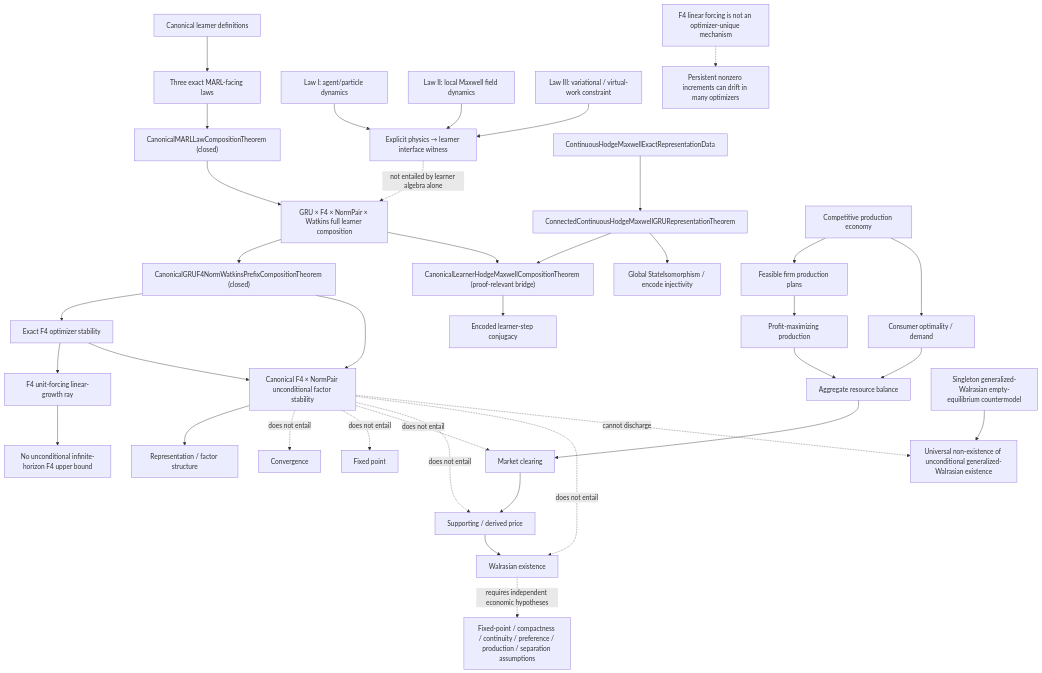
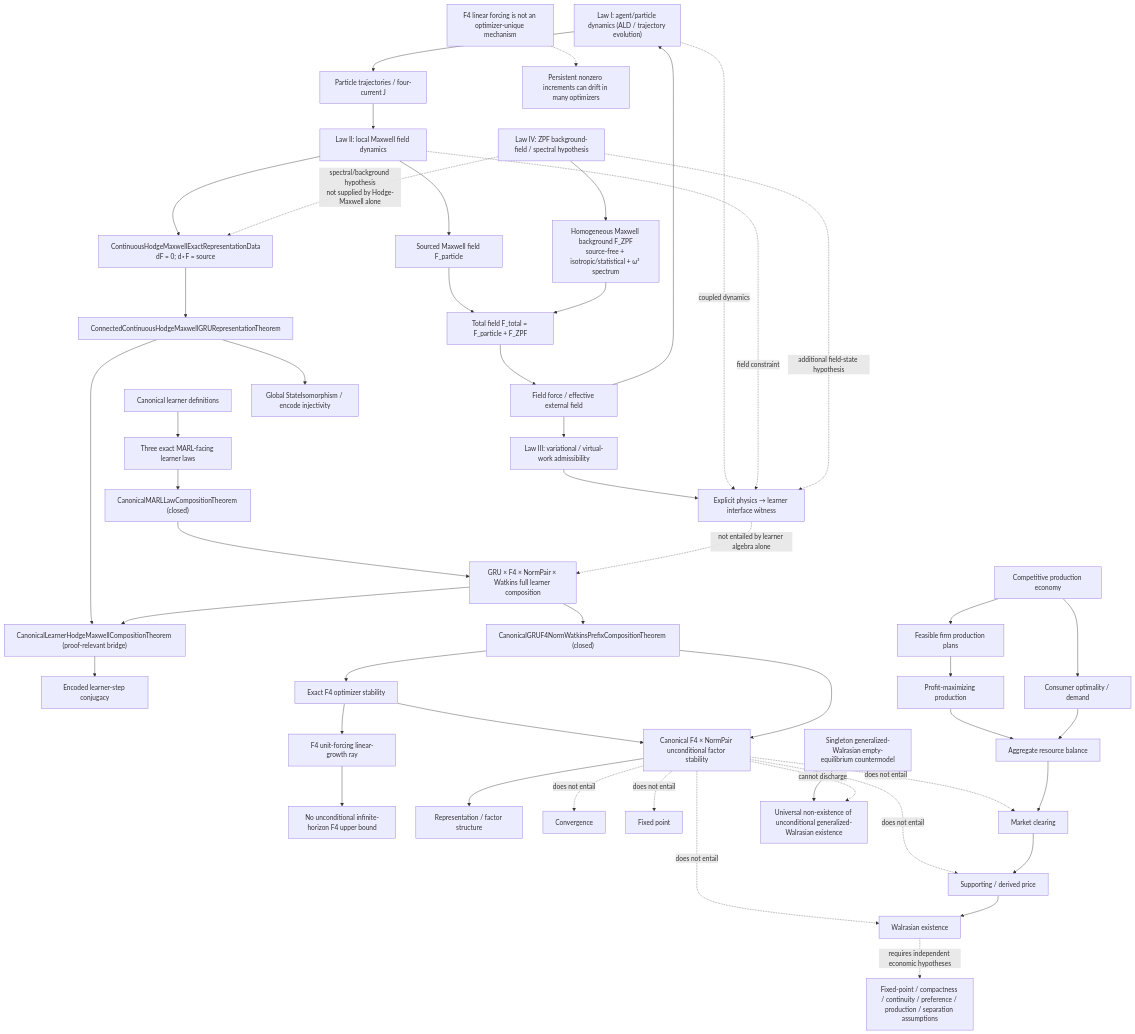
One commit to JohnChristianD/Actions changed the diagram in docs/research/current-semantic-emergence-2026-09-25.mmd. Above: the diagram before and after it, drawn with Mermaid.

Commit message:
Separate ZPF as fourth law in semantic graph

```diff
--- a/docs/research/current-semantic-emergence-2026-09-25.mmd
+++ b/docs/research/current-semantic-emergence-2026-09-25.mmd
@@ -1,50 +1,70 @@
 flowchart TD
-  A["Canonical learner definitions"] --> B["Three exact MARL-facing laws"]
+  A["Canonical learner definitions"] --> B["Three exact MARL-facing learner laws"]
   B --> C["CanonicalMARLLawCompositionTheorem (closed)"]
   C --> D["GRU × F4 × NormPair × Watkins full learner composition"]
   D --> E["CanonicalGRUF4NormWatkinsPrefixCompositionTheorem (closed)"]
 
-  P1["Law I: agent/particle dynamics"]
+  P1["Law I: agent/particle dynamics (ALD / trajectory evolution)"]
   P2["Law II: local Maxwell field dynamics"]
-  P3["Law III: variational / virtual-work constraint"]
-  P1 --> PI["Explicit physics → learner interface witness"]
-  P2 --> PI
-  P3 --> PI
+  P3["Law III: variational / virtual-work admissibility"]
+  P4["Law IV: ZPF background-field / spectral hypothesis"]
+
+  P1 --> J["Particle trajectories / four-current J"]
+  J --> P2
+  P2 --> FM["Sourced Maxwell field F_particle"]
+
+  P4 --> Z["Homogeneous Maxwell background F_ZPF
+source-free + isotropic/statistical + ω³ spectrum"]
+  FM --> FT["Total field F_total = F_particle + F_ZPF"]
+  Z --> FT
+
+  FT --> Force["Field force / effective external field"]
+  Force --> P1
+  Force --> P3
+  P3 --> PI["Explicit physics → learner interface witness"]
+
+  P1 -. "coupled dynamics" .-> PI
+  P2 -. "field constraint" .-> PI
+  P4 -. "additional field-state hypothesis" .-> PI
   PI -. "not entailed by learner algebra alone" .-> D
 
-  H0["ContinuousHodgeMaxwellExactRepresentationData"]
+  H0["ContinuousHodgeMaxwellExactRepresentationData
+dF = 0; d⋆F = source"]
+  P2 --> H0
+  P4 -. "spectral/background hypothesis
+not supplied by Hodge-Maxwell alone" .-> H0
   H1["ConnectedContinuousHodgeMaxwellGRURepresentationTheorem"]
   H0 --> H1
   H1 --> HB["CanonicalLearnerHodgeMaxwellCompositionTheorem (proof-relevant bridge)"]
   D --> HB
 
   HB --> HC["Encoded learner-step conjugacy"]
   H1 --> HI["Global StateIsomorphism / encode injectivity"]
 
   E --> F["Exact F4 optimizer stability"]
   F --> G["F4 unit-forcing linear-growth ray"]
   G --> GNB["No unconditional infinite-horizon F4 upper bound"]
   F --> H["Canonical F4 × NormPair unconditional factor stability"]
   E --> H
 
   H --> I["Representation / factor structure"]
-  H -. "does not entail" .-> J["Convergence"]
+  H -. "does not entail" .-> J1["Convergence"]
   H -. "does not entail" .-> K["Fixed point"]
   H -. "does not entail" .-> L["Market clearing"]
   H -. "does not entail" .-> M["Supporting / derived price"]
   H -. "does not entail" .-> N["Walrasian existence"]
 
   O["Competitive production economy"] --> Q["Feasible firm production plans"]
   Q --> R["Profit-maximizing production"]
   O --> S["Consumer optimality / demand"]
   R --> T["Aggregate resource balance"]
   S --> T
   T --> L
   L --> M
   M --> N
   N -. "requires independent economic hypotheses" .-> U["Fixed-point / compactness / continuity / preference / production / separation assumptions"]
 
   V["Singleton generalized-Walrasian empty-equilibrium countermodel"] --> W["Universal non-existence of unconditional generalized-Walrasian existence"]
   H -. "cannot discharge" .-> W
 
   X["F4 linear forcing is not an optimizer-unique mechanism"] -.-> Y["Persistent nonzero increments can drift in many optimizers"]
```
